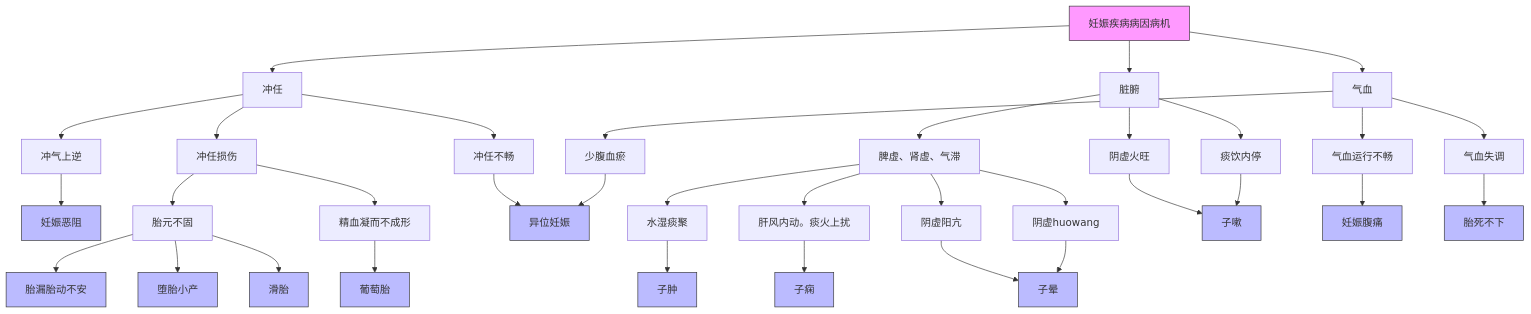
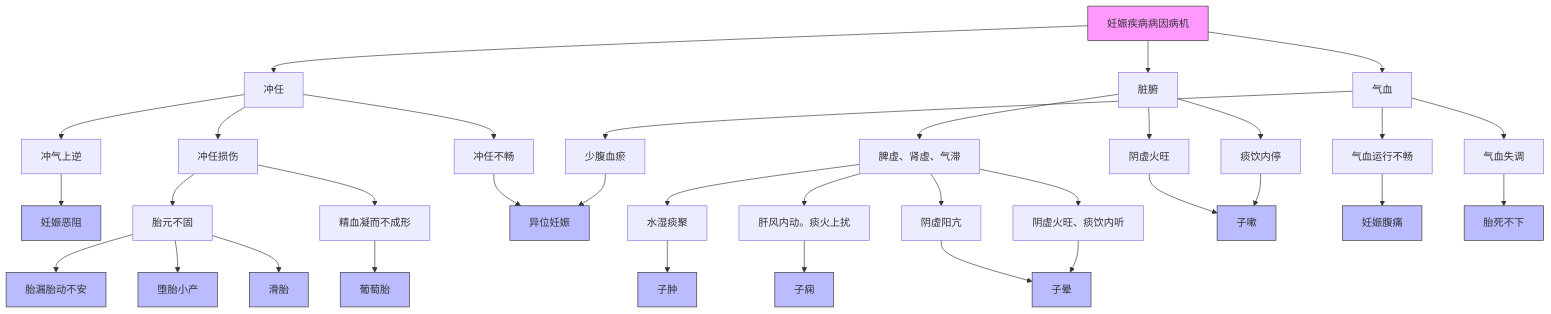
One commit to lili23755/iodraw-files changed the diagram in all/未命名.md. Above: the diagram before and after it, drawn with Mermaid.

Commit message:
2025-04-04 11:05:58 update

````diff
--- a/all/未命名.md
+++ b/all/未命名.md
@@ -1,37 +1,37 @@
 ```mermaid
 flowchart TD
     A[妊娠疾病病因病机] --> B[冲任]
     A --> C[脏腑]
     A --> D[气血]
     
     B --> B1[冲气上逆] --> 妊娠恶阻
     B --> B2[冲任损伤] --> B2a[胎元不固] -->胎漏胎动不安 & 堕胎小产 & 滑胎
     B2[冲任损伤] --> B2b[精血凝而不成形] -->葡萄胎 
     B --> B3[冲任不畅] --> 异位妊娠
     
     C --> C1[脾虚、肾虚、气滞] --> C1a[水湿痰聚] --> 子肿
     C1 --> C1b[肝风内动。痰火上扰] --> 子痫
     C1 --> C1c[阴虚阳亢] --> 子晕
-    C1 --> C1d[阴虚huowang] --> 子晕
+    C1 --> C1d[阴虚火旺、痰饮内听] --> 子晕
     C --> C4[阴虚火旺] --> 子嗽
     C --> C5[痰饮内停] --> 子嗽
     
     D --> D1[气血运行不畅] --> 妊娠腹痛
     D --> D2[气血失调] --> 胎死不下
     D --> D3[少腹血瘀] --> 异位妊娠
 
     style A fill:#f9f,stroke:#333
     style 妊娠恶阻 fill:#bbf,stroke:#333
     style 堕胎小产 fill:#bbf,stroke:#333
     style 滑胎 fill:#bbf,stroke:#333
     style 异位妊娠 fill:#bbf,stroke:#333
     style 子肿 fill:#bbf,stroke:#333
     style 子痫 fill:#bbf,stroke:#333
     style 胎漏胎动不安 fill:#bbf,stroke:#333
     style 胎死不下 fill:#bbf,stroke:#333
     style 妊娠腹痛 fill:#bbf,stroke:#333
     style 葡萄胎 fill:#bbf,stroke:#333
     style 子晕 fill:#bbf,stroke:#333
     style 子嗽 fill:#bbf,stroke:#333
 	  
 ```
````
